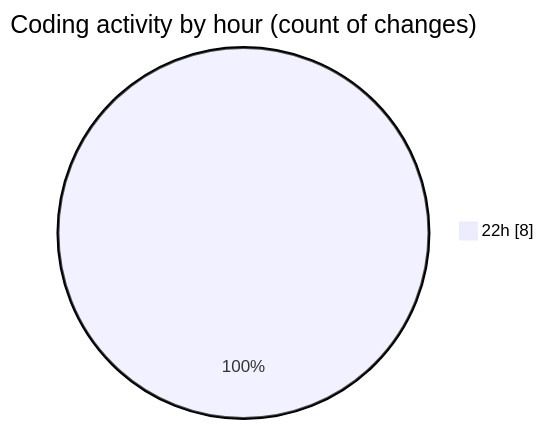
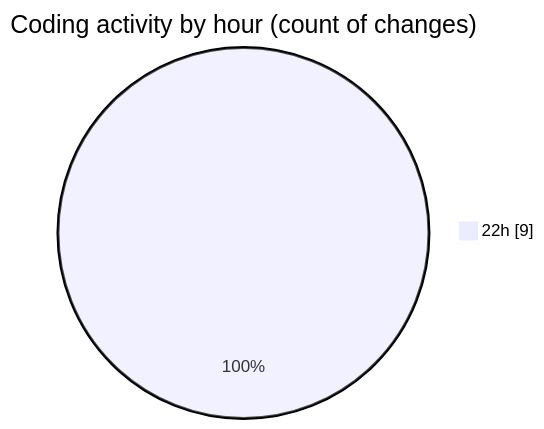
The second of 2 diagrams in 2025-03-17/02-parsing-request-bodies/README.md (BS-eng2023/code-tracking), drawn with Mermaid before and after one commit. The commit also changed other lines of this file and 1 other file, not shown here.

````diff
--- a/2025-03-17/02-parsing-request-bodies/README.md
+++ b/2025-03-17/02-parsing-request-bodies/README.md
@@ -31,5 +31,5 @@
 ```mermaid
 pie showData
 title Coding activity by hour (count of changes)
-"22h" : 8
+"22h" : 9
 ```
````
